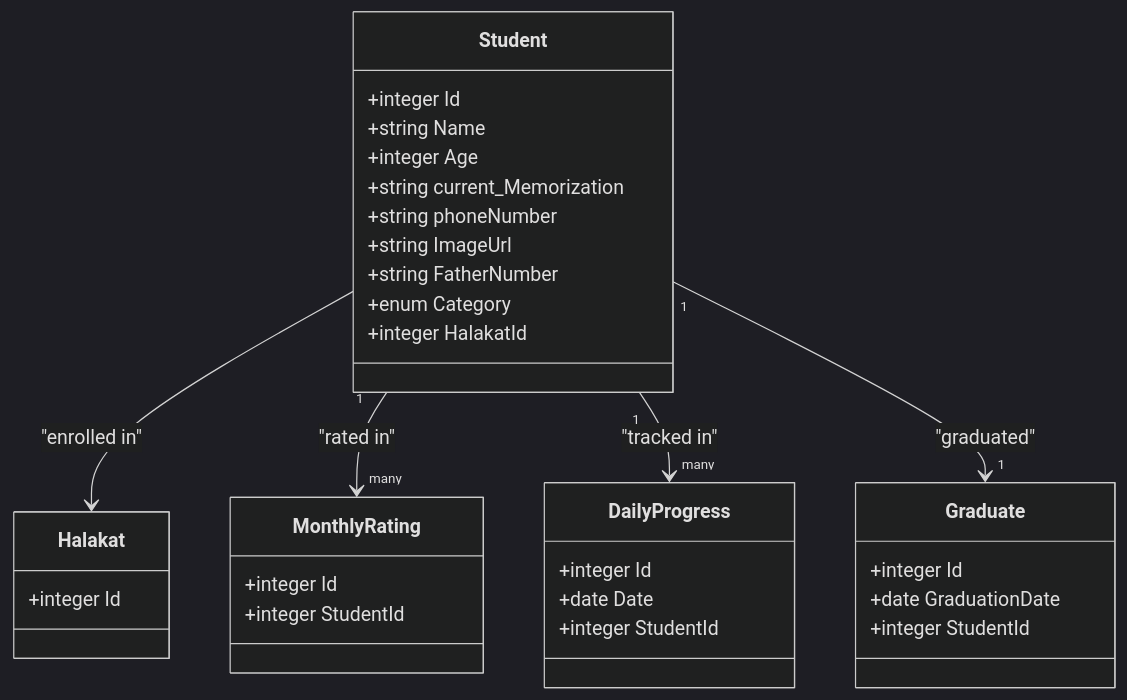
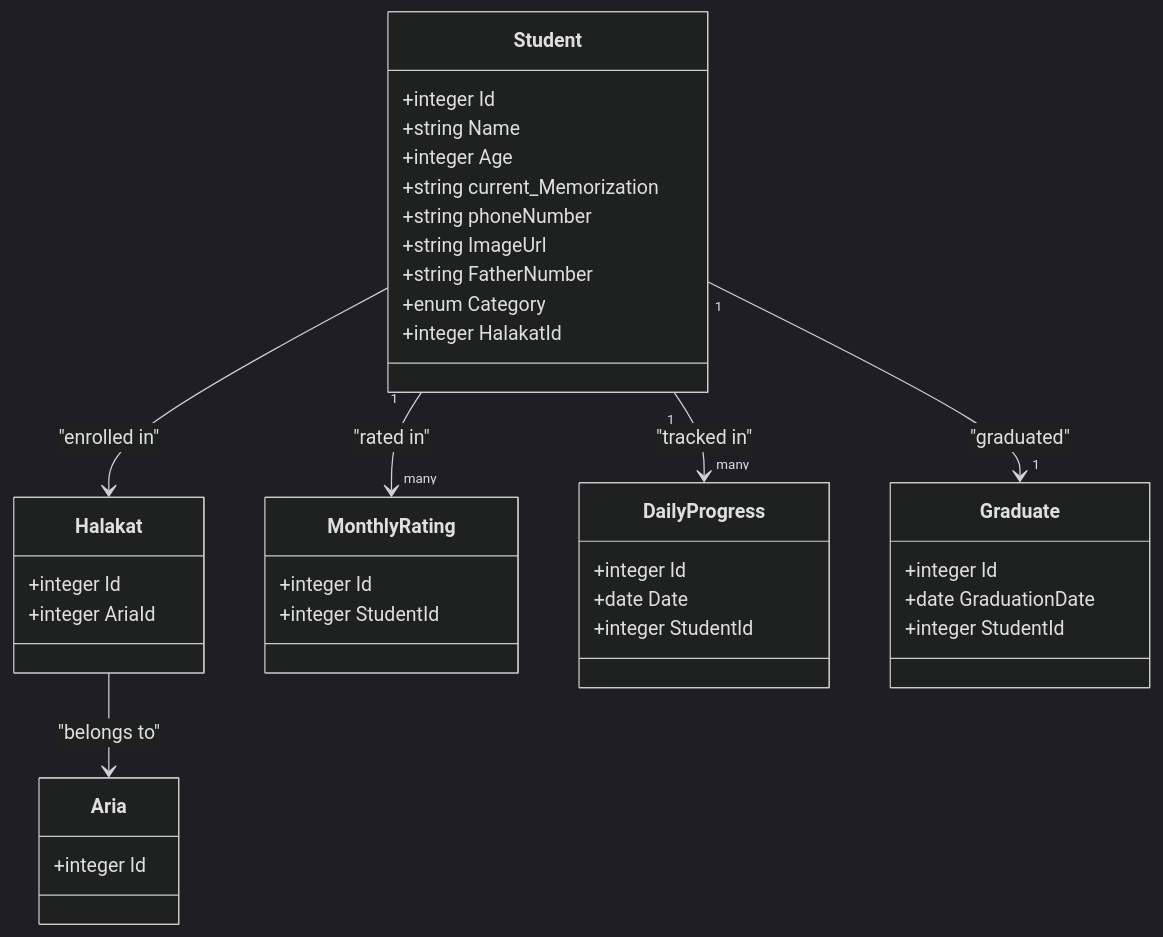
One commit to Mreng78/khirocom_project changed the seventh of 12 diagrams in .qoder/repowiki/en/content/Feature Modules/Feature Modules.md. Above: the diagram before and after it, drawn with Mermaid (dark theme). The commit also changed other lines of this file and 6 other files, not shown here.

````diff
--- a/.qoder/repowiki/en/content/Feature Modules/Feature Modules.md
+++ b/.qoder/repowiki/en/content/Feature Modules/Feature Modules.md
@@ -295,35 +392,40 @@
 ```mermaid
 classDiagram
 class Student {
 +integer Id
 +string Name
 +integer Age
 +string current_Memorization
 +string phoneNumber
 +string ImageUrl
 +string FatherNumber
 +enum Category
 +integer HalakatId
 }
 class Halakat {
++integer Id
++integer AriaId
+}
+class Aria {
 +integer Id
 }
 class MonthlyRating {
 +integer Id
 +integer StudentId
 }
 class DailyProgress {
 +integer Id
 +date Date
 +integer StudentId
 }
 class Graduate {
 +integer Id
 +date GraduationDate
 +integer StudentId
 }
 Student --> Halakat : "enrolled in"
+Halakat --> Aria : "belongs to"
 Student "1" --> "many" MonthlyRating : "rated in"
 Student "1" --> "many" DailyProgress : "tracked in"
 Student "1" --> "1" Graduate : "graduated"
 ```
````
